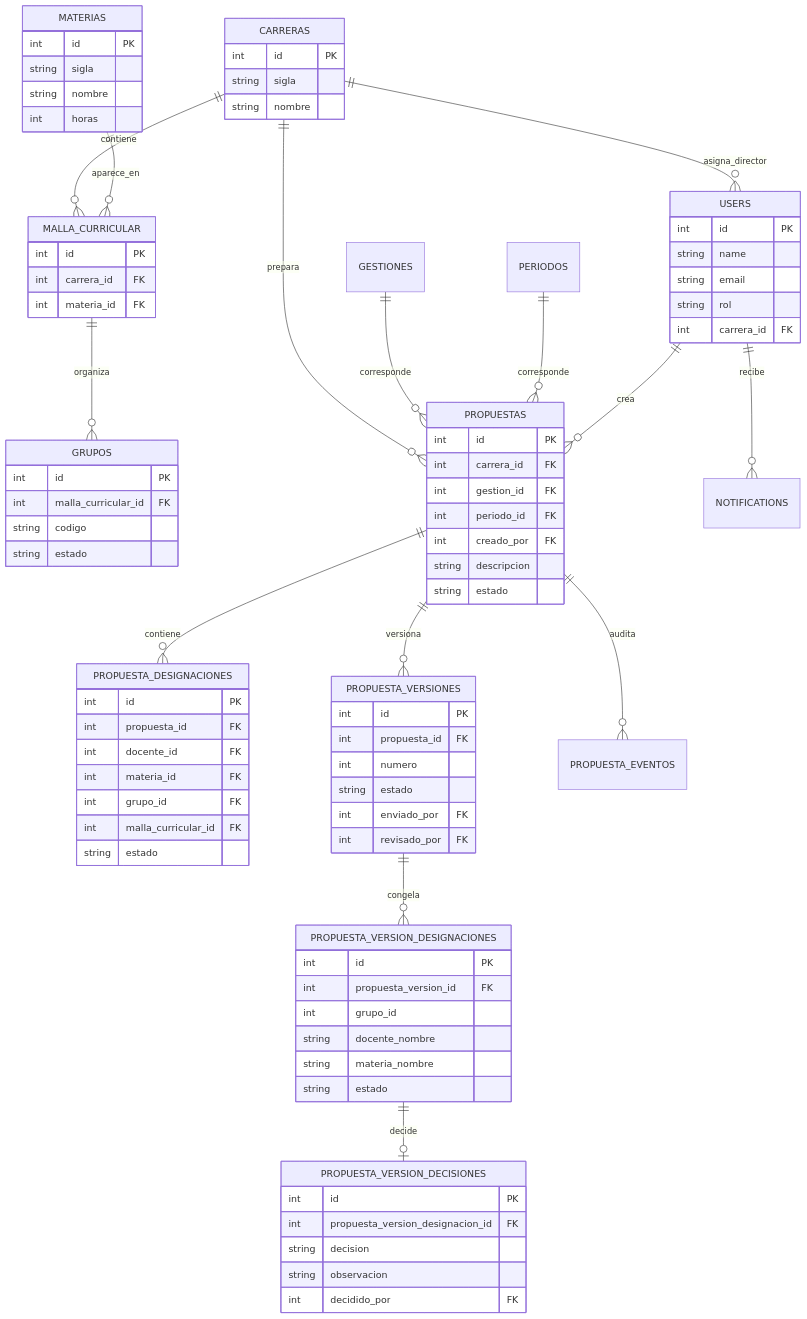
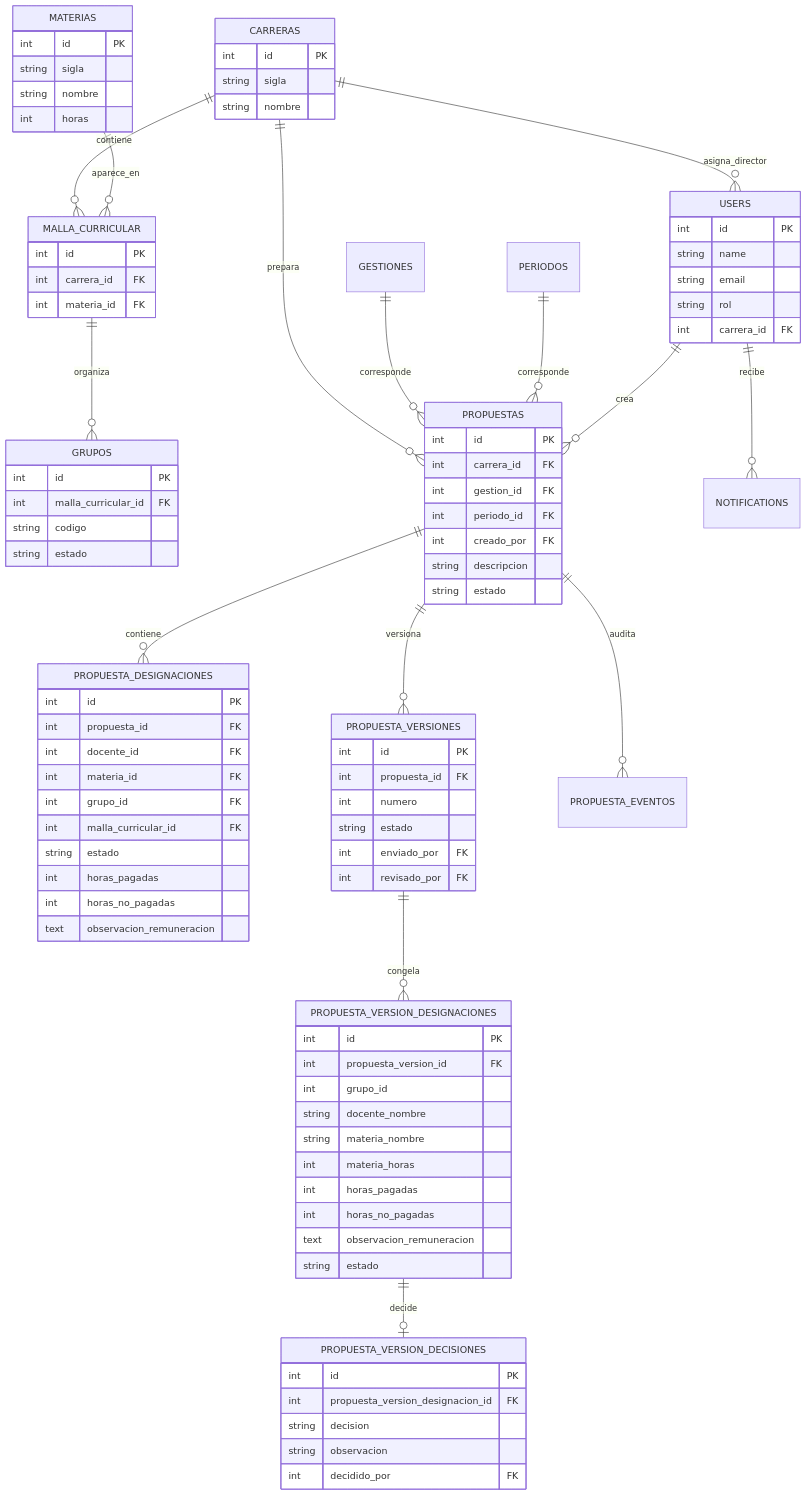
One commit to abdair-coca/DesignacionesUATF changed the diagram in docs/ERD.md. Above: the diagram before and after it, drawn with Mermaid. The commit also changed other lines of this file and 15 other files, not shown here.

```diff
--- a/docs/ERD.md
+++ b/docs/ERD.md
@@ -63,6 +63,9 @@
     int grupo_id FK
     int malla_curricular_id FK
     string estado
+    int horas_pagadas
+    int horas_no_pagadas
+    text observacion_remuneracion
   }
   PROPUESTA_VERSIONES {
     int id PK
@@ -78,6 +81,10 @@
     int grupo_id
     string docente_nombre
     string materia_nombre
+    int materia_horas
+    int horas_pagadas
+    int horas_no_pagadas
+    text observacion_remuneracion
     string estado
   }
   PROPUESTA_VERSION_DECISIONES {
```
